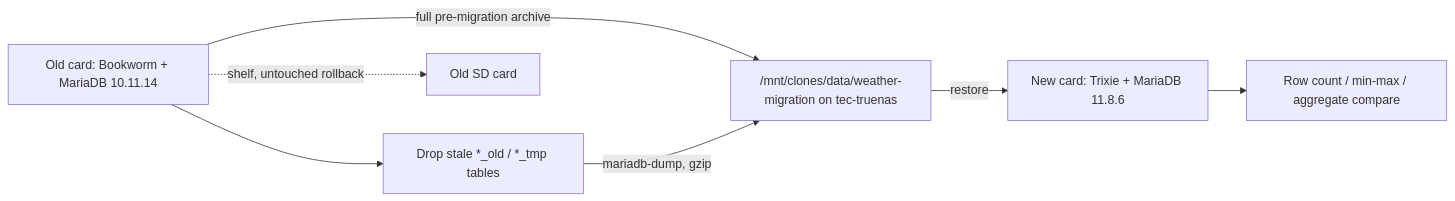
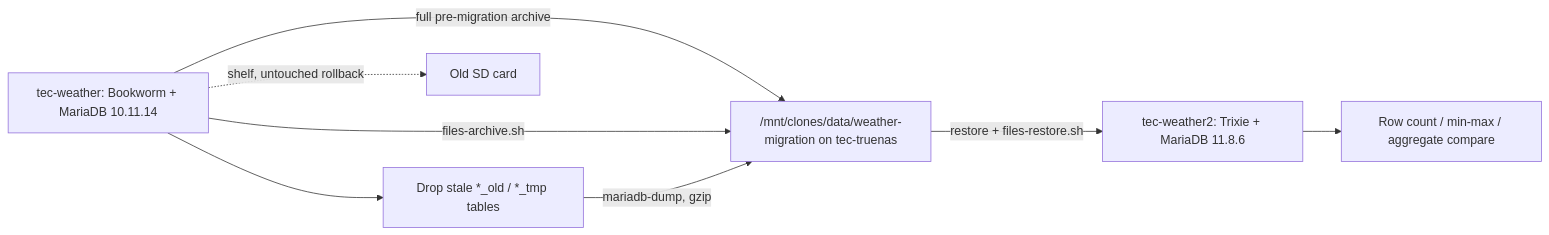
Before and after one commit to tim-oe/WeatherWatch: the diagram in .cursor/plans/mariadb_trixie_migration_runbook_3f04a621.plan.md, drawn with Mermaid. The commit also changed other lines of this file and 3 other files, not shown here.

Commit message:
Update MariaDB Trixie migration runbook with detailed host status, completed tasks, and revised deliverables; adjust setup documentation for accurate playbook links and naming conventions.

````diff
--- a/.cursor/plans/mariadb_trixie_migration_runbook_3f04a621.plan.md
+++ b/.cursor/plans/mariadb_trixie_migration_runbook_3f04a621.plan.md
@@ -37,9 +71,10 @@
 ```mermaid
 flowchart LR
-  oldPi["Old card: Bookworm + MariaDB 10.11.14"] -->|"full pre-migration archive"| nas
+  oldPi["tec-weather: Bookworm + MariaDB 10.11.14"] -->|"full pre-migration archive"| nas
+  oldPi -->|"files-archive.sh"| nas
   oldPi --> drop["Drop stale *_old / *_tmp tables"]
   drop -->|"mariadb-dump, gzip"| nas["/mnt/clones/data/weather-migration on tec-truenas"]
   oldPi -.->|"shelf, untouched rollback"| shelf["Old SD card"]
-  nas -->|"restore"| newPi["New card: Trixie + MariaDB 11.8.6"]
+  nas -->|"restore + files-restore.sh"| newPi["tec-weather2: Trixie + MariaDB 11.8.6"]
   newPi --> verify["Row count / min-max / aggregate compare"]
 ```
````
